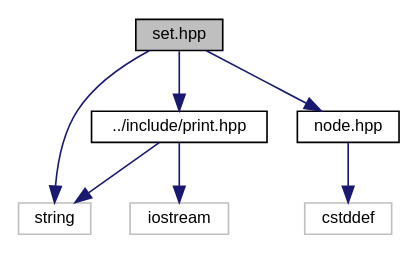
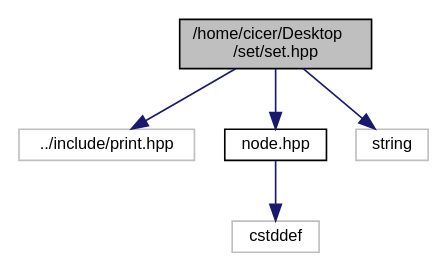
The diagram in set_8hpp__incl.dot (cicer-0/Doc_Set.github.io), drawn with Graphviz before and after one commit. The commit also changed 104 other files, not shown here.

```diff
--- a/set_8hpp__incl.dot
+++ b/set_8hpp__incl.dot
@@ -1,18 +1,15 @@
-digraph "set.hpp"
+digraph "/home/cicer/Desktop/set/set.hpp"
 {
  // LATEX_PDF_SIZE
   edge [fontname="Helvetica",fontsize="10",labelfontname="Helvetica",labelfontsize="10"];
   node [fontname="Helvetica",fontsize="10",shape=record];
-  Node1 [label="set.hpp",height=0.2,width=0.4,color="black", fillcolor="grey75", style="filled", fontcolor="black",tooltip="Manipular conjuntos."];
+  Node1 [label="/home/cicer/Desktop\l/set/set.hpp",height=0.2,width=0.4,color="black", fillcolor="grey75", style="filled", fontcolor="black",tooltip="Manipular conjuntos."];
   Node1 -> Node2 [color="midnightblue",fontsize="10",style="solid",fontname="Helvetica"];
-  Node2 [label="../include/print.hpp",height=0.2,width=0.4,color="black", fillcolor="white", style="filled",URL="$print_8hpp.html",tooltip="Salida a Colores."];
-  Node2 -> Node3 [color="midnightblue",fontsize="10",style="solid",fontname="Helvetica"];
-  Node3 [label="string",height=0.2,width=0.4,color="grey75", fillcolor="white", style="filled",tooltip=" "];
-  Node2 -> Node4 [color="midnightblue",fontsize="10",style="solid",fontname="Helvetica"];
-  Node4 [label="iostream",height=0.2,width=0.4,color="grey75", fillcolor="white", style="filled",tooltip=" "];
+  Node2 [label="../include/print.hpp",height=0.2,width=0.4,color="grey75", fillcolor="white", style="filled",tooltip=" "];
+  Node1 -> Node3 [color="midnightblue",fontsize="10",style="solid",fontname="Helvetica"];
+  Node3 [label="node.hpp",height=0.2,width=0.4,color="black", fillcolor="white", style="filled",URL="$node_8hpp.html",tooltip="Clase Node el cual estara compuesto la clase Set."];
+  Node3 -> Node4 [color="midnightblue",fontsize="10",style="solid",fontname="Helvetica"];
+  Node4 [label="cstddef",height=0.2,width=0.4,color="grey75", fillcolor="white", style="filled",tooltip=" "];
   Node1 -> Node5 [color="midnightblue",fontsize="10",style="solid",fontname="Helvetica"];
-  Node5 [label="node.hpp",height=0.2,width=0.4,color="black", fillcolor="white", style="filled",URL="$node_8hpp.html",tooltip="Clase Node el cual estara compuesto la clase Set."];
-  Node5 -> Node6 [color="midnightblue",fontsize="10",style="solid",fontname="Helvetica"];
-  Node6 [label="cstddef",height=0.2,width=0.4,color="grey75", fillcolor="white", style="filled",tooltip=" "];
-  Node1 -> Node3 [color="midnightblue",fontsize="10",style="solid",fontname="Helvetica"];
+  Node5 [label="string",height=0.2,width=0.4,color="grey75", fillcolor="white", style="filled",tooltip=" "];
 }
```
